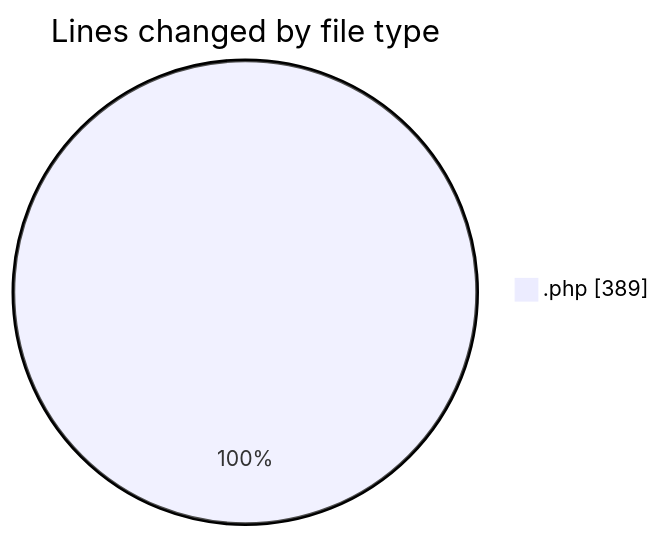
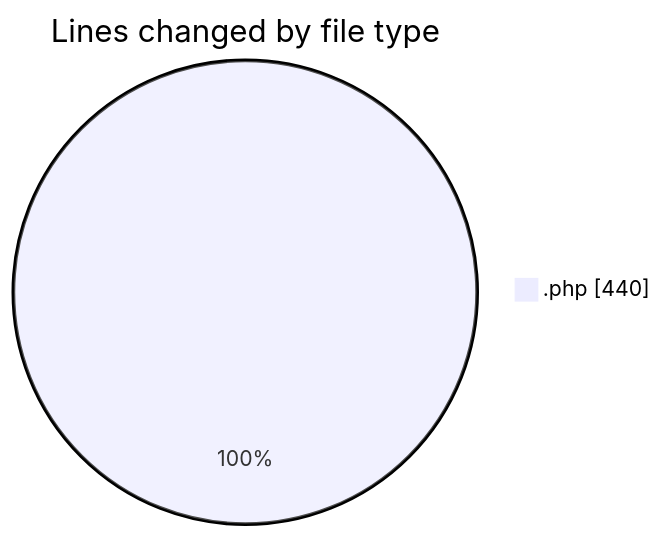
One commit to idhammustaqopulfikri/code-tracking changed the first of 2 diagrams in 2025-05-28/studio-backend/README.md. Above: the diagram before and after it, drawn with Mermaid. The commit also changed other lines of this file and 1 other file, not shown here.

````diff
--- a/2025-05-28/studio-backend/README.md
+++ b/2025-05-28/studio-backend/README.md
@@ -25,5 +26,5 @@
 ```mermaid
 pie showData
 title Lines changed by file type
-".php" : 389
+".php" : 440
 ```
````
